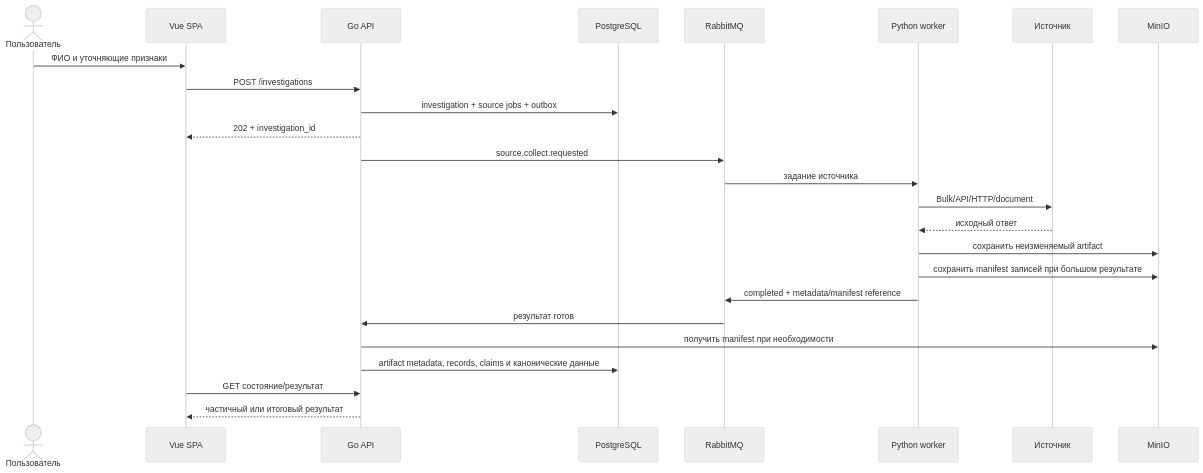
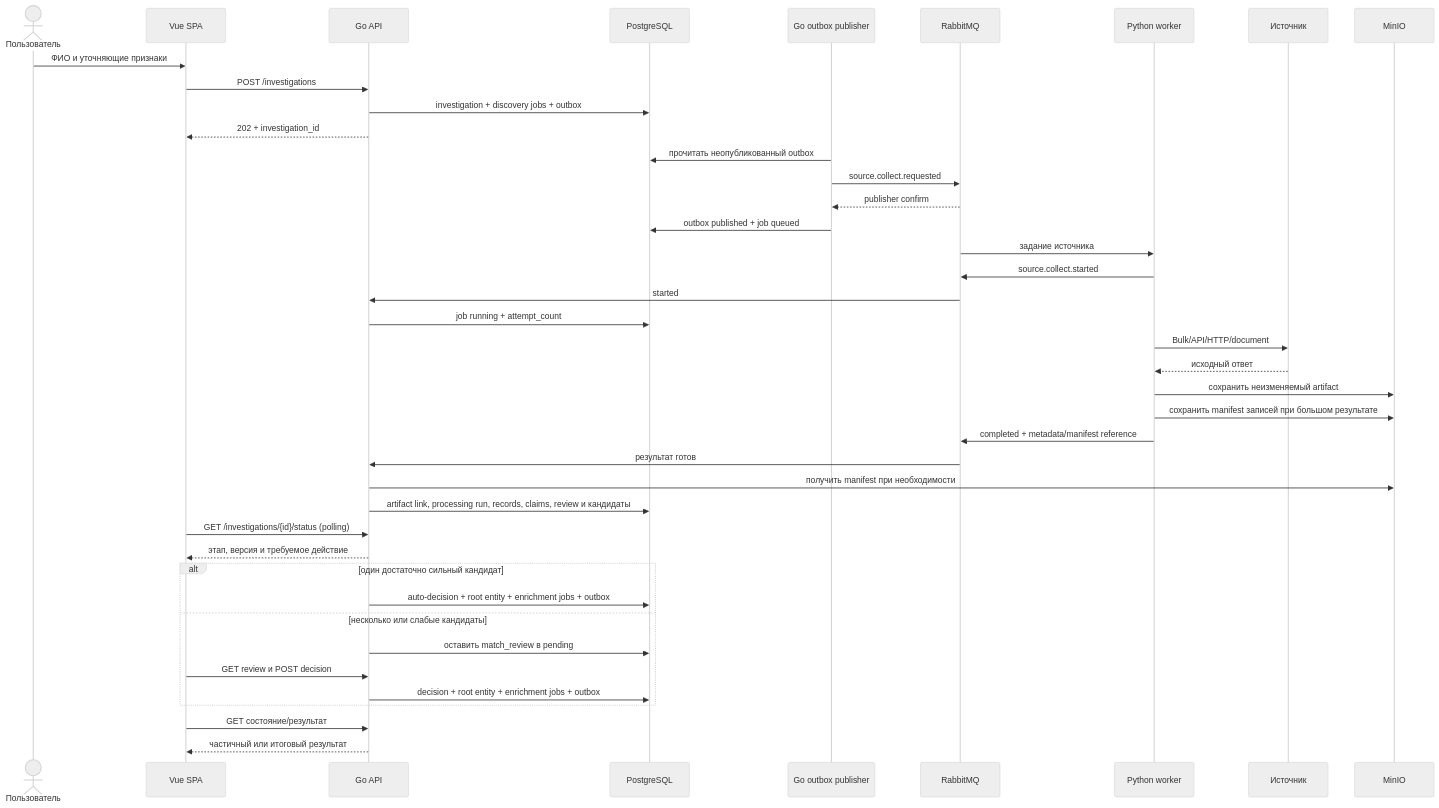
The diagram in docs/technical/03-data-flow.md (opazdunTeam/GraphX), drawn with Mermaid (neutral theme) before and after one commit. The commit also changed other lines of this file and 34 other files, not shown here.

````diff
--- a/docs/technical/03-data-flow.md
+++ b/docs/technical/03-data-flow.md
@@ -14,28 +14,44 @@
 ```mermaid
 sequenceDiagram
     actor User as Пользователь
     participant Web as Vue SPA
     participant API as Go API
     participant DB as PostgreSQL
+    participant PUB as Go outbox publisher
     participant MQ as RabbitMQ
     participant W as Python worker
     participant S as Источник
     participant O as MinIO
 
     User->>Web: ФИО и уточняющие признаки
     Web->>API: POST /investigations
-    API->>DB: investigation + source jobs + outbox
+    API->>DB: investigation + discovery jobs + outbox
     API-->>Web: 202 + investigation_id
-    API->>MQ: source.collect.requested
+    PUB->>DB: прочитать неопубликованный outbox
+    PUB->>MQ: source.collect.requested
+    MQ-->>PUB: publisher confirm
+    PUB->>DB: outbox published + job queued
     MQ->>W: задание источника
+    W->>MQ: source.collect.started
+    MQ->>API: started
+    API->>DB: job running + attempt_count
     W->>S: Bulk/API/HTTP/document
     S-->>W: исходный ответ
     W->>O: сохранить неизменяемый artifact
     W->>O: сохранить manifest записей при большом результате
     W->>MQ: completed + metadata/manifest reference
     MQ->>API: результат готов
     API->>O: получить manifest при необходимости
-    API->>DB: artifact metadata, records, claims и канонические данные
+    API->>DB: artifact link, processing run, records, claims, review и кандидаты
+    Web->>API: GET /investigations/{id}/status (polling)
+    API-->>Web: этап, версия и требуемое действие
+    alt один достаточно сильный кандидат
+        API->>DB: auto-decision + root entity + enrichment jobs + outbox
+    else несколько или слабые кандидаты
+        API->>DB: оставить match_review в pending
+        Web->>API: GET review и POST decision
+        API->>DB: decision + root entity + enrichment jobs + outbox
+    end
     Web->>API: GET состояние/результат
     API-->>Web: частичный или итоговый результат
 ```
````
